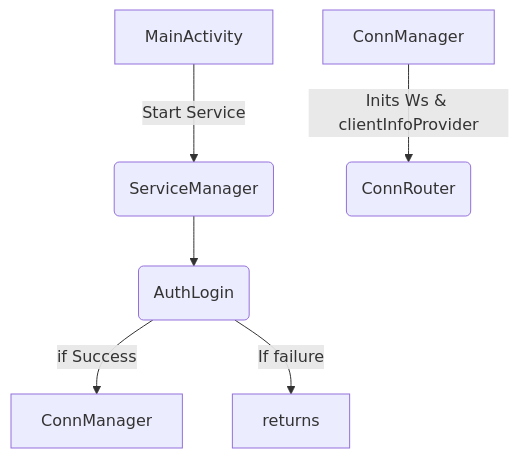
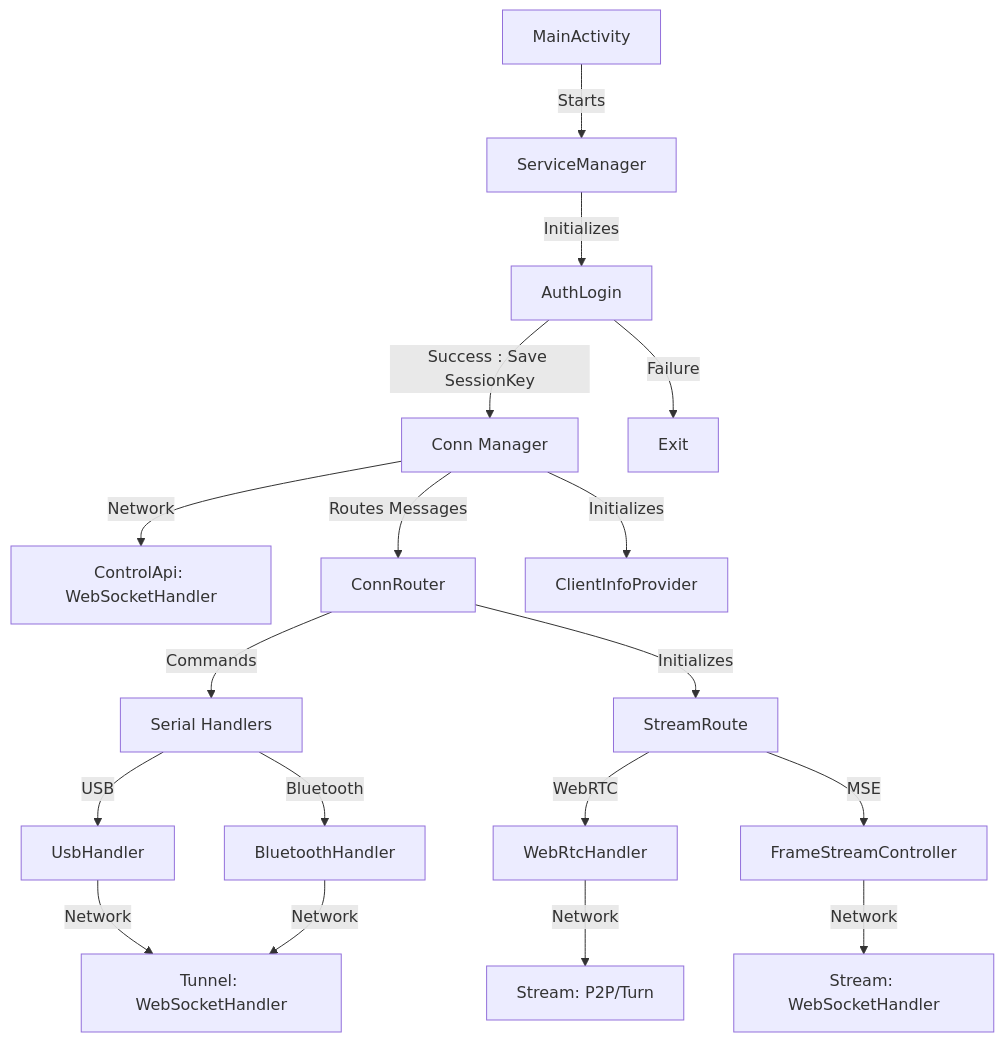
Before and after one commit to nikipoatgit/USSOI-CAM: the first of 2 diagrams in DOCUMENTATION.md, drawn with Mermaid. The commit also changed other lines of this file and 8 other files, not shown here.

````diff
--- a/DOCUMENTATION.md
+++ b/DOCUMENTATION.md
@@ -17,10 +44,24 @@
 ```mermaid
-flowchart TD
-    A[MainActivity] -->|Start Service| B(ServiceManager)--> C(AuthLogin)
-
-    C -->|if Success| D[ConnManager]
-    C -->|If failure| E[returns]
-
-    F[ConnManager] -->|Inits Ws & clientInfoProvider| G(ConnRouter)
-
+flowchart TB
+    A[MainActivity] -->|Starts| B[ServiceManager]
+    B -->|Initializes| C[AuthLogin]
+    C -->|Success : Save SessionKey| D[Conn Manager]
+    C -->|Failure| E[Exit]
+    
+    D -->|Network| O[ControlApi: WebSocketHandler]
+    D -->|Routes Messages| F[ConnRouter]
+    F -->|Commands| G[Serial Handlers]
+    
+    D -->|Initializes| H[ClientInfoProvider]
+    F -->|Initializes| I[StreamRoute]
+    
+    G -->|USB| J[UsbHandler]
+    G -->|Bluetooth| K[BluetoothHandler]
+    J & K -->|Network| L[Tunnel: WebSocketHandler]
+    
+    I -->|WebRTC| M[WebRtcHandler]
+    I -->|MSE| N[FrameStreamController]
+    N -->|Network| P[Stream: WebSocketHandler]
+    M -->|Network| Q[Stream: P2P/Turn]
+    
 ```
````
